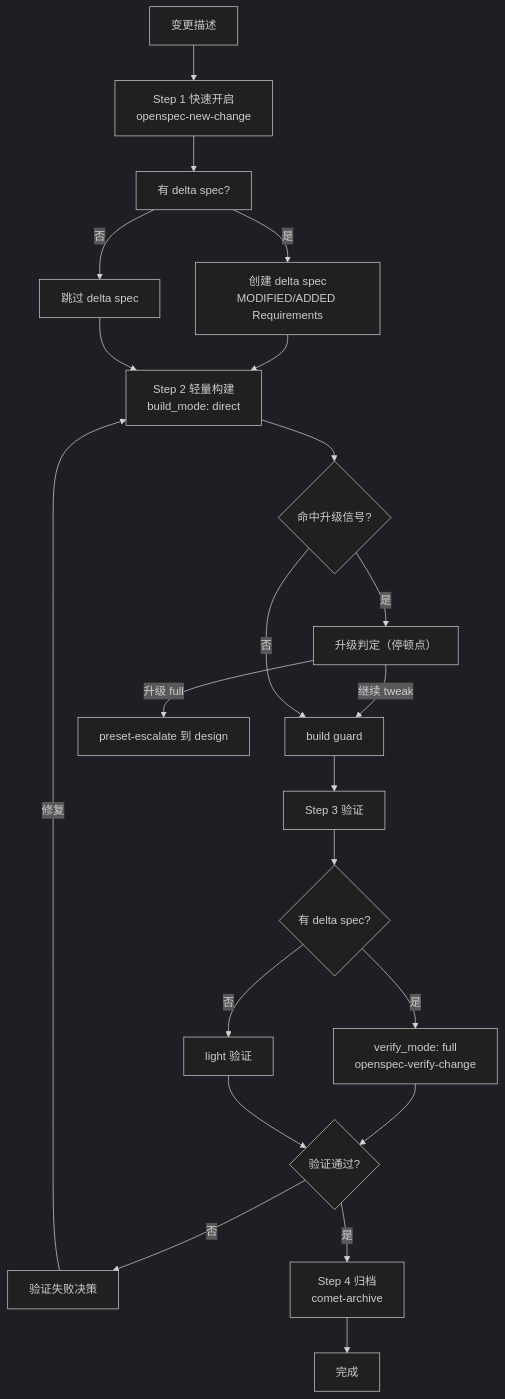
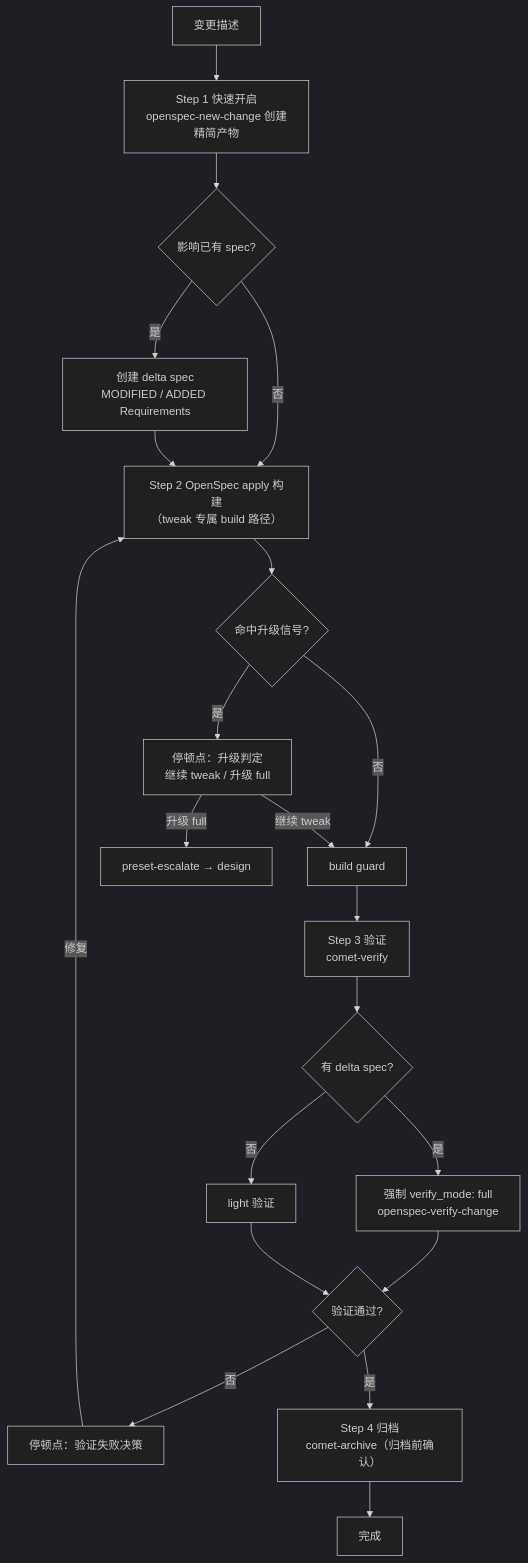
One commit to rpamis/comet-website-docs changed the diagram in zh/presets/tweak.mdx. Above: the diagram before and after it, drawn with Mermaid (dark theme). The commit also changed other lines of this file and 1 other file, not shown here.

First line of the commit message:
docs(zh): rewrite hotfix and tweak preset pages from user perspective

````diff
--- a/zh/presets/tweak.mdx
+++ b/zh/presets/tweak.mdx
@@ -120,24 +70,23 @@
 ```mermaid
 flowchart TD
-  A["变更描述"] --> B["Step 1 快速开启<br/>openspec-new-change"]
-  B --> C["有 delta spec?"]
-  C -->|是| D["创建 delta spec<br/>MODIFIED/ADDED Requirements"]
-  C -->|否| E["跳过 delta spec"]
-  D --> F["Step 2 轻量构建<br/>build_mode: direct"]
-  E --> F
-  F --> G{"命中升级信号?"}
-  G -->|是| H["升级判定（停顿点）"]
-  H -->|继续 tweak| I
-  H -->|升级 full| J["preset-escalate 到 design"]
-  G -->|否| I["build guard"]
-  I --> K["Step 3 验证"]
-  K --> L{"有 delta spec?"}
-  L -->|是| M["verify_mode: full<br/>openspec-verify-change"]
-  L -->|否| N["light 验证"]
-  M --> O{"验证通过?"}
-  N --> O
-  O -->|否| P["验证失败决策"]
-  P -->|修复| F
-  O -->|是| Q["Step 4 归档<br/>comet-archive"]
-  Q --> R["完成"]
+    Start["变更描述"] --> S1["Step 1 快速开启<br/>openspec-new-change 创建精简产物"]
+    S1 --> Delta{"影响已有 spec?"}
+    Delta -->|是| CreateDelta["创建 delta spec<br/>MODIFIED / ADDED Requirements"]
+    Delta -->|否| S2["Step 2 OpenSpec apply 构建<br/>（tweak 专属 build 路径）"]
+    CreateDelta --> S2
+    S2 --> Esc{"命中升级信号?"}
+    Esc -->|是| EscStop["停顿点：升级判定<br/>继续 tweak / 升级 full"]
+    Esc -->|否| Guard["build guard"]
+    EscStop -->|继续 tweak| Guard
+    EscStop -->|升级 full| EscUp["preset-escalate → design"]
+    Guard --> S3["Step 3 验证<br/>comet-verify"]
+    S3 --> HasDelta{"有 delta spec?"}
+    HasDelta -->|是| FullV["强制 verify_mode: full<br/>openspec-verify-change"]
+    HasDelta -->|否| LightV["light 验证"]
+    FullV --> Vf{"验证通过?"}
+    LightV --> Vf
+    Vf -->|否| VfStop["停顿点：验证失败决策"]
+    VfStop -->|修复| S2
+    Vf -->|是| S4["Step 4 归档<br/>comet-archive（归档前确认）"]
+    S4 --> Done["完成"]
 ```
````
